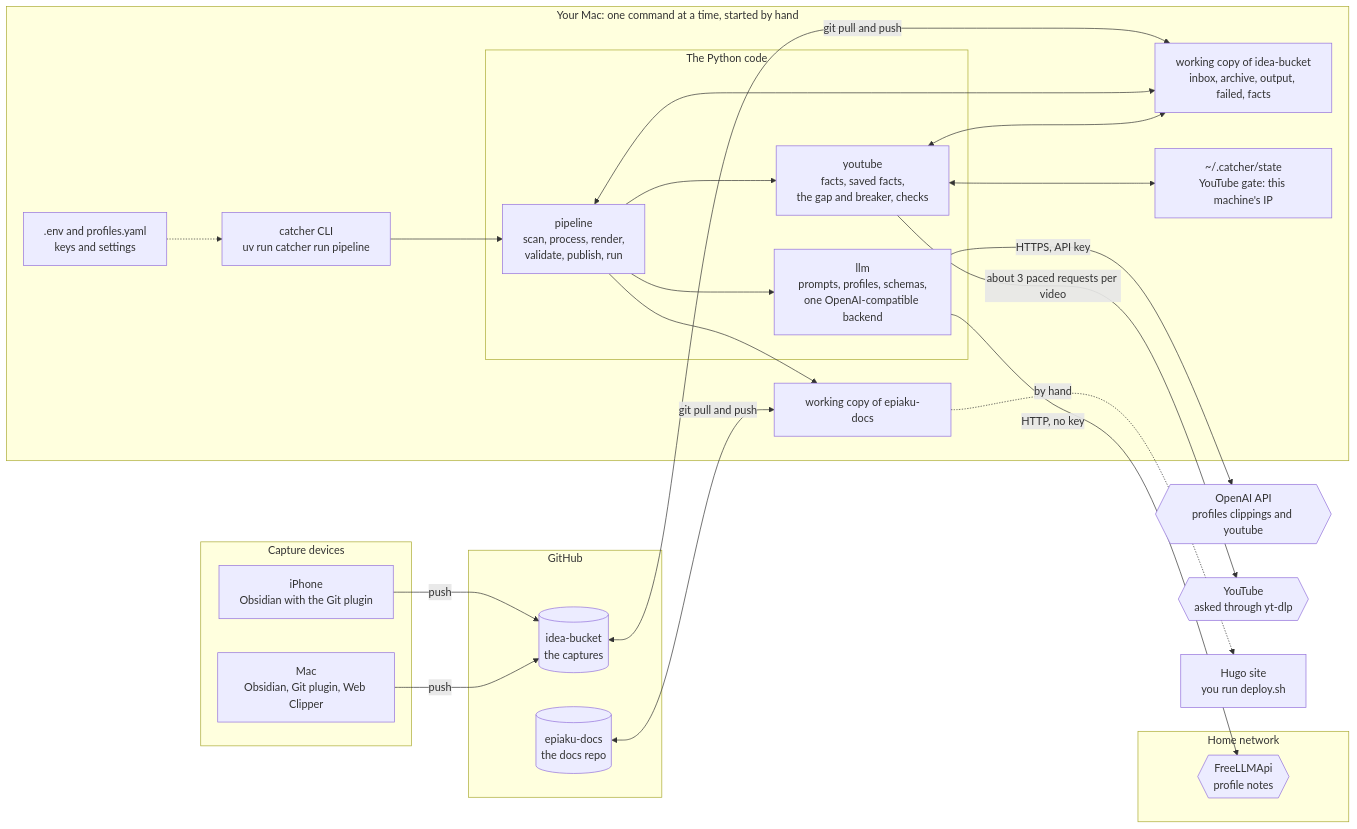
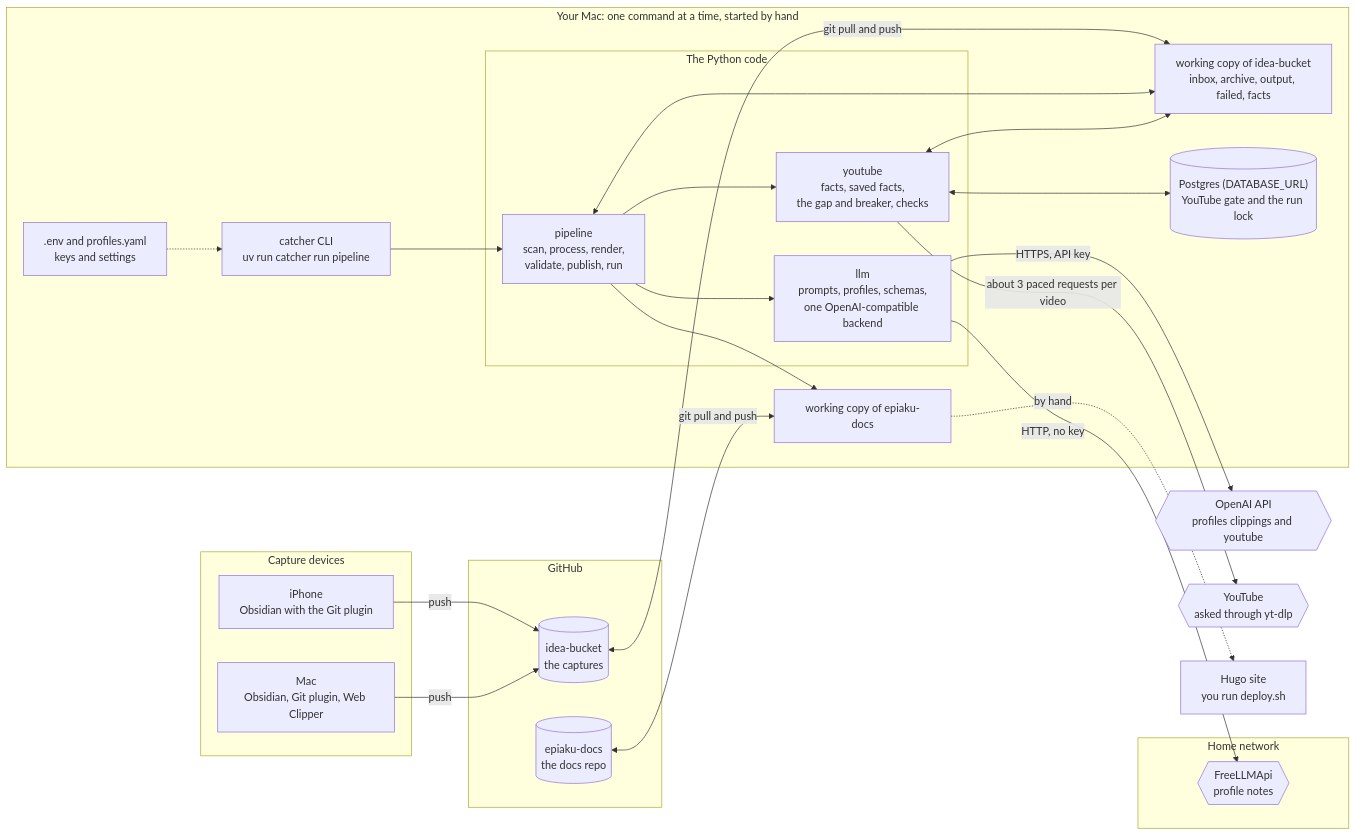
Before and after one commit to epiaku/idea-catcher: the first of 3 diagrams in docs/idea-catcher-diagram-architecture.md, drawn with Mermaid. The commit also changed other lines of this file and 8 other files, not shown here.

First line of the commit message:
docs: one YouTube gate and one run lock, only in Postgres

````diff
--- a/docs/idea-catcher-diagram-architecture.md
+++ b/docs/idea-catcher-diagram-architecture.md
@@ -13,51 +13,51 @@
 ```mermaid
 flowchart LR
   subgraph devices["Capture devices"]
     phone["iPhone<br/>Obsidian with the Git plugin"]
     macobs["Mac<br/>Obsidian, Git plugin, Web Clipper"]
   end
 
   subgraph github["GitHub"]
     r_bucket[("idea-bucket<br/>the captures")]
     r_docs[("epiaku-docs<br/>the docs repo")]
   end
 
   subgraph mac["Your Mac: one command at a time, started by hand"]
     cli["catcher CLI<br/>uv run catcher run pipeline"]
     subgraph code["The Python code"]
       pipeline["pipeline<br/>scan, process, render,<br/>validate, publish, run"]
       llmmod["llm<br/>prompts, profiles, schemas,<br/>one OpenAI-compatible backend"]
       ytmod["youtube<br/>facts, saved facts,<br/>the gap and breaker, checks"]
     end
     clone_b["working copy of idea-bucket<br/>inbox, archive, output, failed, facts"]
     clone_d["working copy of epiaku-docs"]
-    state["~/.catcher/state<br/>YouTube gate: this machine's IP"]
+    state[("Postgres (DATABASE_URL)<br/>YouTube gate and the run lock")]
     cfg[".env and profiles.yaml<br/>keys and settings"]
   end
 
   subgraph lan["Home network"]
     fla{{"FreeLLMApi<br/>profile notes"}}
   end
   openai{{"OpenAI API<br/>profiles clippings and youtube"}}
   yt{{"YouTube<br/>asked through yt-dlp"}}
   site["Hugo site<br/>you run deploy.sh"]
 
   phone -->|"push"| r_bucket
   macobs -->|"push"| r_bucket
   r_bucket <-->|"git pull and push"| clone_b
   r_docs <-->|"git pull and push"| clone_d
 
   cli --> pipeline
   cfg -.-> cli
   pipeline <--> clone_b
   pipeline --> clone_d
   pipeline --> llmmod
   pipeline --> ytmod
   ytmod <--> state
   ytmod <--> clone_b
 
   llmmod -->|"HTTP, no key"| fla
   llmmod -->|"HTTPS, API key"| openai
   ytmod -->|"about 3 paced requests per video"| yt
   clone_d -.->|"by hand"| site
 ```
````
